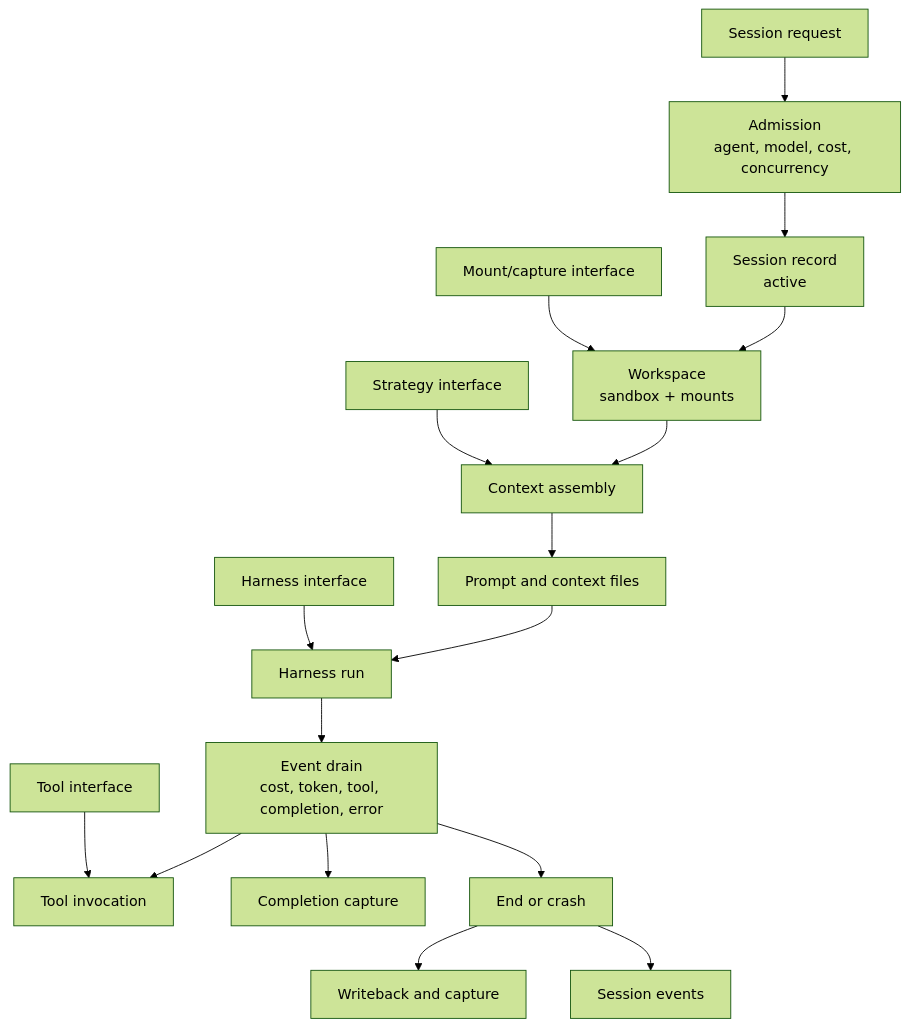
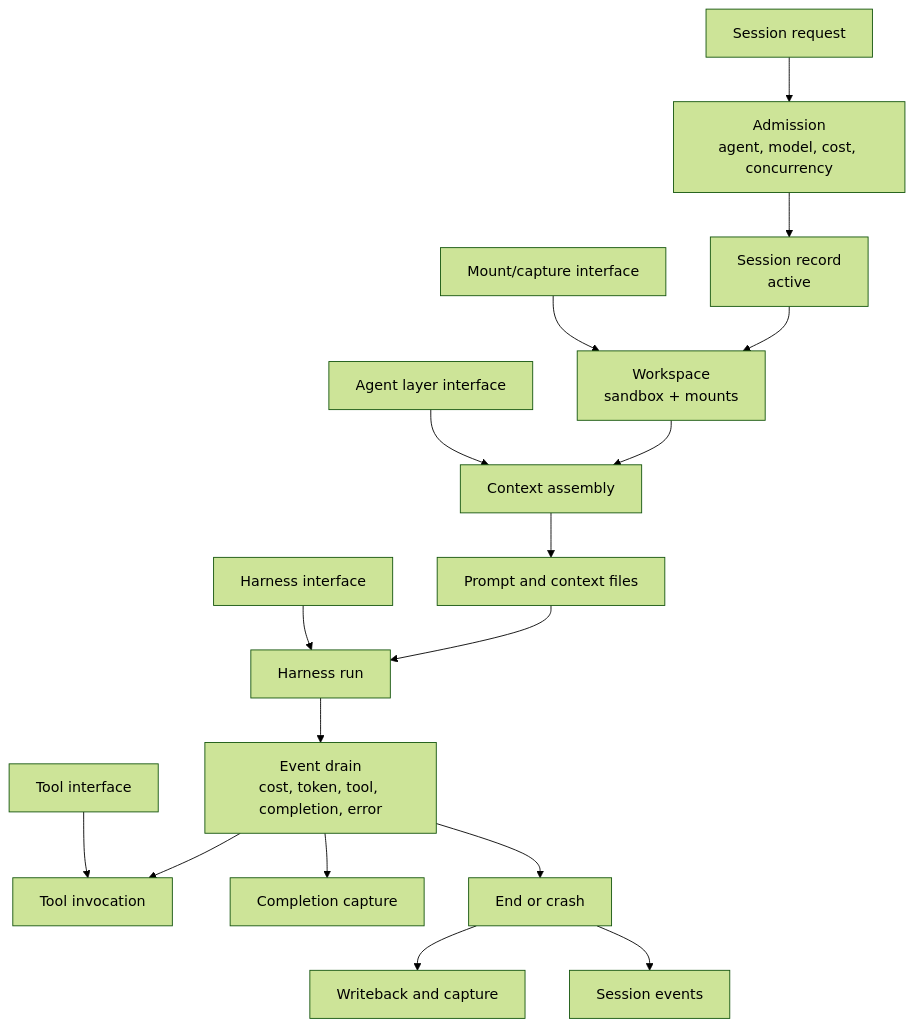
The seventh of 12 diagrams in docs/architecture/as-implemented-domain-architecture.md (idle-builders/hyperidle), drawn with Mermaid (forest theme) before and after one commit. The commit also changed other lines of this file and 53 other files, not shown here.

````diff
--- a/docs/architecture/as-implemented-domain-architecture.md
+++ b/docs/architecture/as-implemented-domain-architecture.md
@@ -234,20 +234,20 @@
 ```mermaid
 flowchart TB
   SessionRequest["Session request"] --> Admission["Admission\nagent, model, cost, concurrency"]
   Admission --> SessionRecord["Session record\nactive"]
   SessionRecord --> Workspace["Workspace\nsandbox + mounts"]
   Workspace --> Context["Context assembly"]
   Context --> Prompt["Prompt and context files"]
   Prompt --> HarnessRun["Harness run"]
   HarnessRun --> EventDrain["Event drain\ncost, token, tool, completion, error"]
   EventDrain --> ToolInvocation["Tool invocation"]
   EventDrain --> Completion["Completion capture"]
   EventDrain --> Terminal["End or crash"]
   Terminal --> Writeback["Writeback and capture"]
   Terminal --> SessionEvents["Session events"]
 
-  StrategyInterface["Strategy interface"] --> Context
+  AgentLayerInterface["Agent layer interface"] --> Context
   HarnessInterface["Harness interface"] --> HarnessRun
   ToolInterface["Tool interface"] --> ToolInvocation
   MountInterface["Mount/capture interface"] --> Workspace
 ```
````
